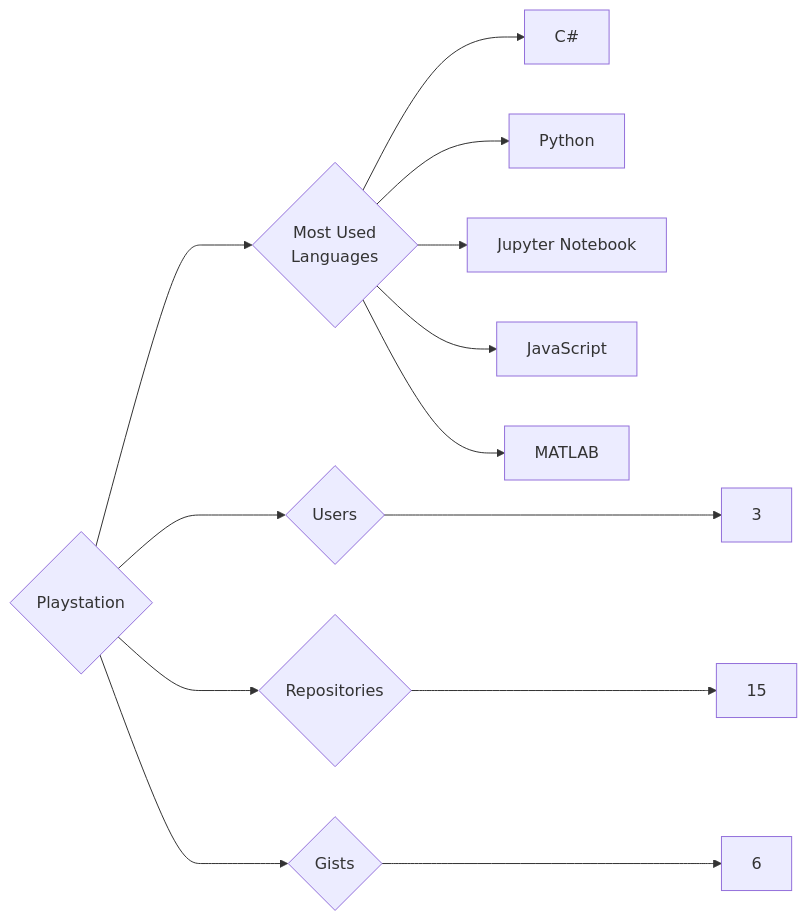
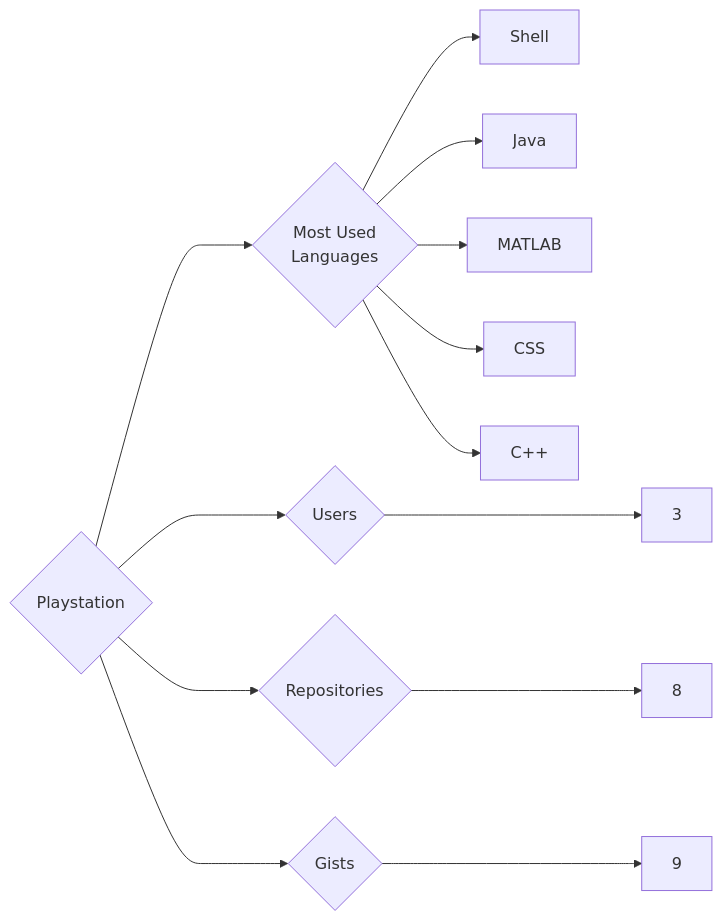
The diagram in targets/Playstation/README.md (trickest/insiders), drawn with Mermaid before and after one commit. The commit also changed 995 other files, not shown here.

````diff
--- a/targets/Playstation/README.md
+++ b/targets/Playstation/README.md
@@ -3,13 +3,13 @@
 ```mermaid
 graph LR
 COMPANY_NAME{Playstation}
 COMPANY_NAME ---> U{Users} ---> UN[3]
-COMPANY_NAME ---> R{Repositories} ---> RN[15]
-COMPANY_NAME ---> G{Gists} ---> GN[6]
+COMPANY_NAME ---> R{Repositories} ---> RN[8]
+COMPANY_NAME ---> G{Gists} ---> GN[9]
 COMPANY_NAME ---> ML{Most Used<br>Languages}
-ML --> C#[C#]
-ML --> Python[Python]
-ML --> Jupyter_Notebook[Jupyter Notebook]
-ML --> JavaScript[JavaScript]
+ML --> Shell[Shell]
+ML --> Java[Java]
 ML --> MATLAB[MATLAB]
+ML --> CSS[CSS]
+ML --> C++[C++]
 ```
````
